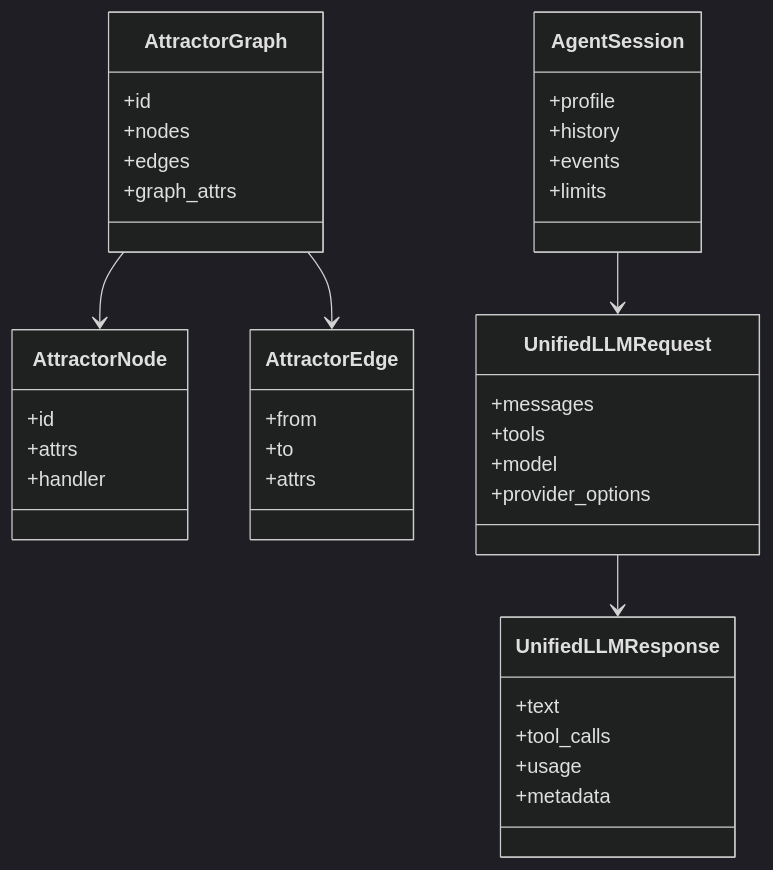
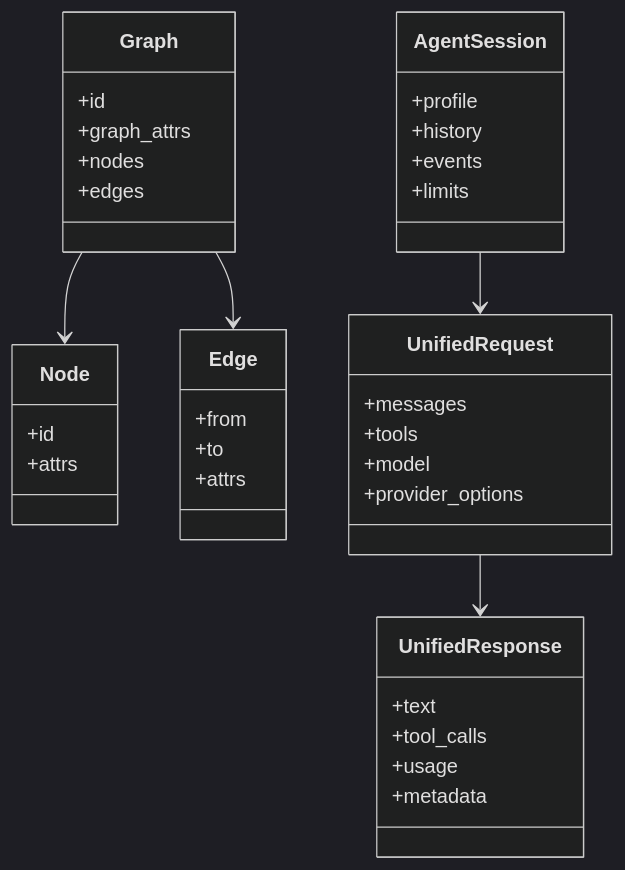
One commit to jaytaylor/attractor-tcl changed the first of 5 diagrams in docs/sprints/SPRINT-001-tcl-implement-nlspecs.md. Above: the diagram before and after it, drawn with Mermaid (dark theme). The commit also changed other lines of this file and 10 other files, not shown here.

````diff
--- a/docs/sprints/SPRINT-001-tcl-implement-nlspecs.md
+++ b/docs/sprints/SPRINT-001-tcl-implement-nlspecs.md
@@ -1897,41 +487,40 @@
 ```mermaid
 classDiagram
-  class AttractorGraph {
+  class Graph {
     +id
+    +graph_attrs
     +nodes
     +edges
-    +graph_attrs
   }
-  class AttractorNode {
+  class Node {
     +id
     +attrs
-    +handler
   }
-  class AttractorEdge {
+  class Edge {
     +from
     +to
     +attrs
   }
-  class UnifiedLLMRequest {
+  class UnifiedRequest {
     +messages
     +tools
     +model
     +provider_options
   }
-  class UnifiedLLMResponse {
+  class UnifiedResponse {
     +text
     +tool_calls
     +usage
     +metadata
   }
   class AgentSession {
     +profile
     +history
     +events
     +limits
   }
-  AttractorGraph --> AttractorNode
-  AttractorGraph --> AttractorEdge
-  AgentSession --> UnifiedLLMRequest
-  UnifiedLLMRequest --> UnifiedLLMResponse
+  Graph --> Node
+  Graph --> Edge
+  AgentSession --> UnifiedRequest
+  UnifiedRequest --> UnifiedResponse
 ```
````
